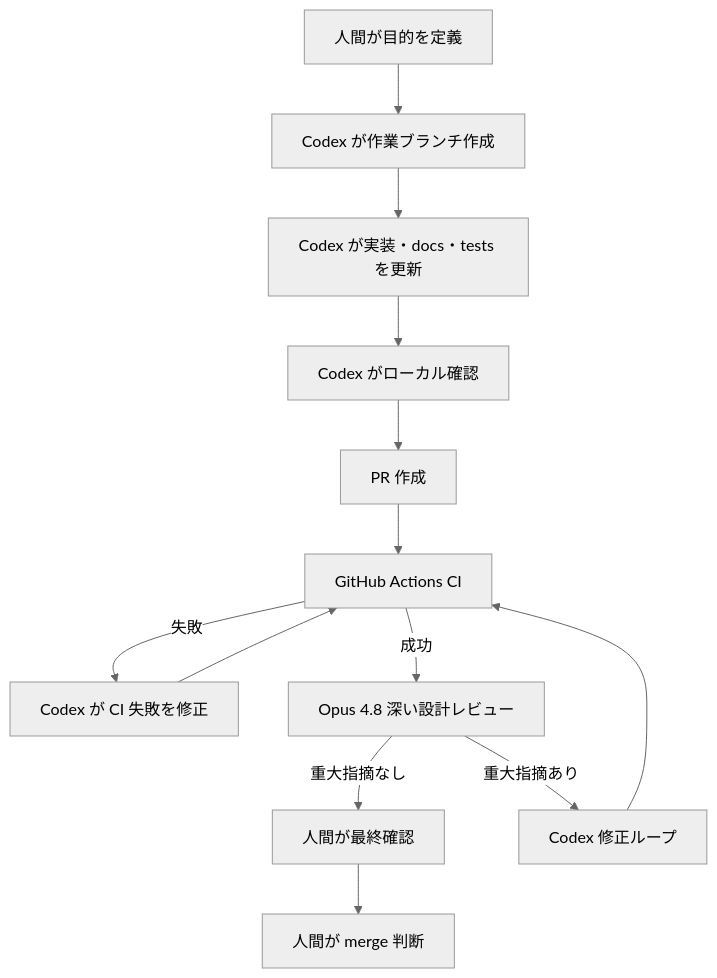
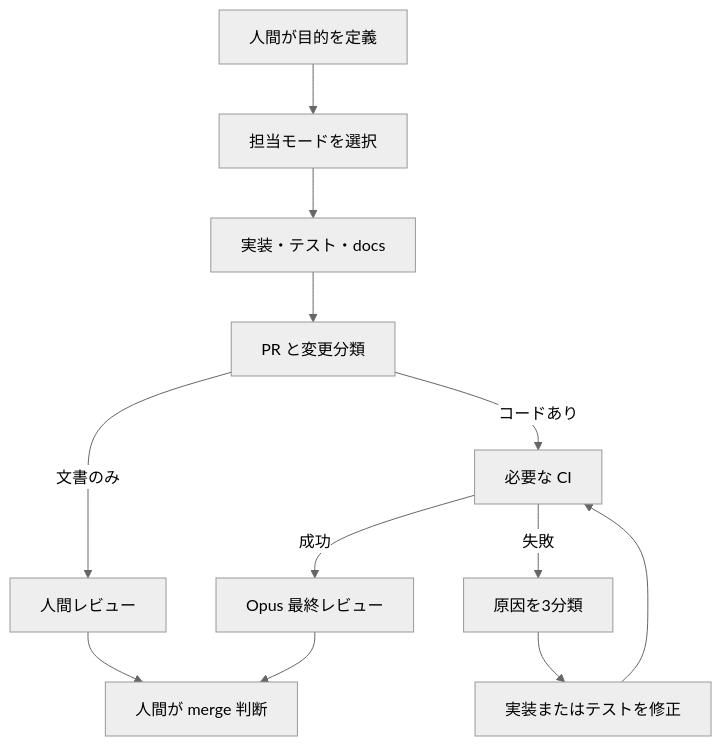
One commit to chameleonjp-lab/chameleonassetstudio changed the diagram in docs/future/CODEX_OPUS_AUTOMATION_WORKFLOW.md. Above: the diagram before and after it, drawn with Mermaid (neutral theme). The commit also changed other lines of this file and 6 other files, not shown here.

````diff
--- a/docs/future/CODEX_OPUS_AUTOMATION_WORKFLOW.md
+++ b/docs/future/CODEX_OPUS_AUTOMATION_WORKFLOW.md
@@ -43,15 +44,14 @@
 ```mermaid
 flowchart TD
-  A[人間が目的を定義] --> B[Codex が作業ブランチ作成]
-  B --> C[Codex が実装・docs・tests を更新]
-  C --> D[Codex がローカル確認]
-  D --> E[PR 作成]
-  E --> F[GitHub Actions CI]
-  F -->|失敗| G[Codex が CI 失敗を修正]
-  G --> F
-  F -->|成功| H[Opus 4.8 深い設計レビュー]
-  H -->|重大指摘なし| I[人間が最終確認]
-  H -->|重大指摘あり| J[Codex 修正ループ]
-  J --> F
-  I --> K[人間が merge 判断]
+  A[人間が目的を定義] --> B[担当モードを選択]
+  B --> C[実装・テスト・docs]
+  C --> D[PR と変更分類]
+  D -->|文書のみ| E[人間レビュー]
+  D -->|コードあり| F[必要な CI]
+  F -->|失敗| G[原因を3分類]
+  G --> H[実装またはテストを修正]
+  H --> F
+  F -->|成功| I[Opus 最終レビュー]
+  E --> J[人間が merge 判断]
+  I --> J
 ```
````
